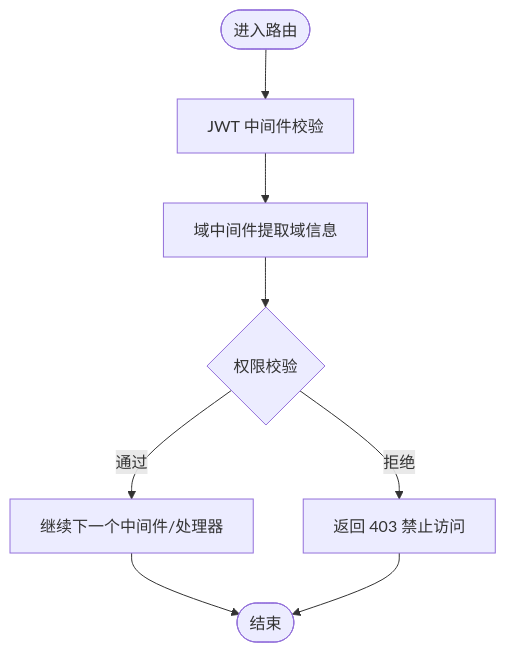
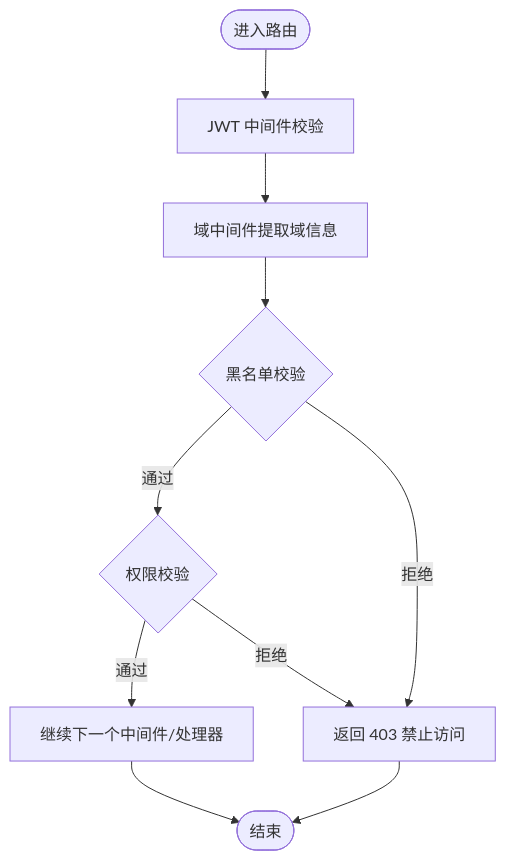
Before and after one commit to wuwuseo/e-sports-go-admin: the sixth of 7 diagrams in .qoder/repowiki/zh/content/架构设计/整体架构模式.md, drawn with Mermaid. The commit also changed other lines of this file and 42 other files, not shown here.

````diff
--- a/.qoder/repowiki/zh/content/架构设计/整体架构模式.md
+++ b/.qoder/repowiki/zh/content/架构设计/整体架构模式.md
@@ -313,10 +394,12 @@
 ```mermaid
 flowchart TD
 Start(["进入路由"]) --> JWT["JWT 中间件校验"]
 JWT --> Domain["域中间件提取域信息"]
-Domain --> Check{"权限校验"}
+Domain --> Blacklist{"黑名单校验"}
+Blacklist --> |通过| Check{"权限校验"}
+Blacklist --> |拒绝| Deny403["返回 403 禁止访问"]
 Check --> |通过| Next["继续下一个中间件/处理器"]
-Check --> |拒绝| Deny["返回 403 禁止访问"]
+Check --> |拒绝| Deny403
 Next --> End(["结束"])
-Deny --> End
+Deny403 --> End
 ```
````
